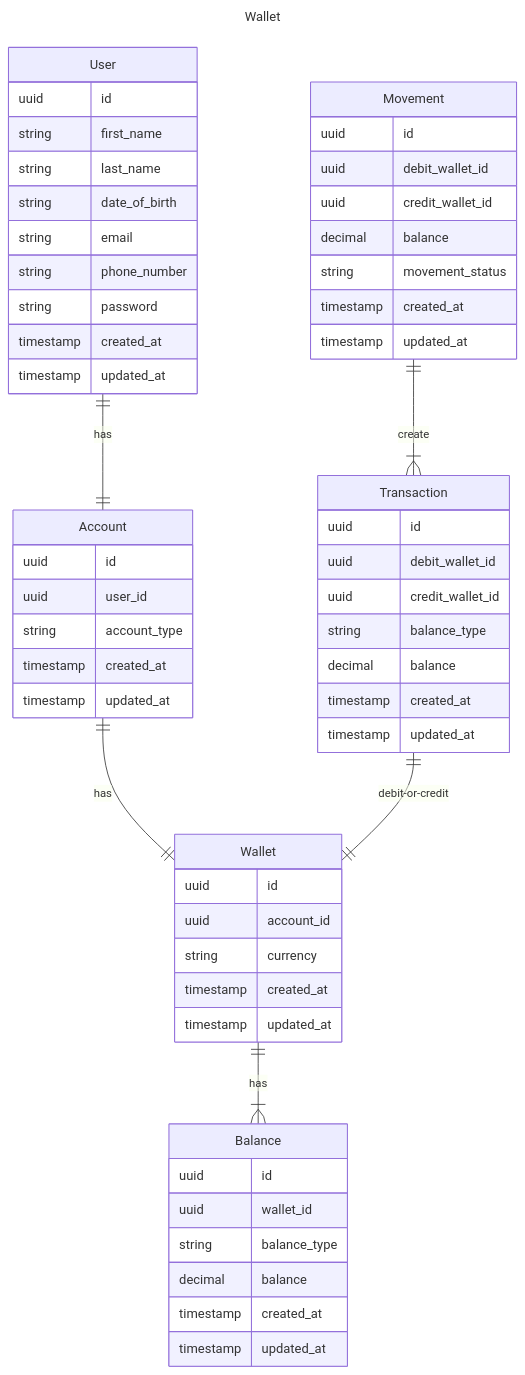
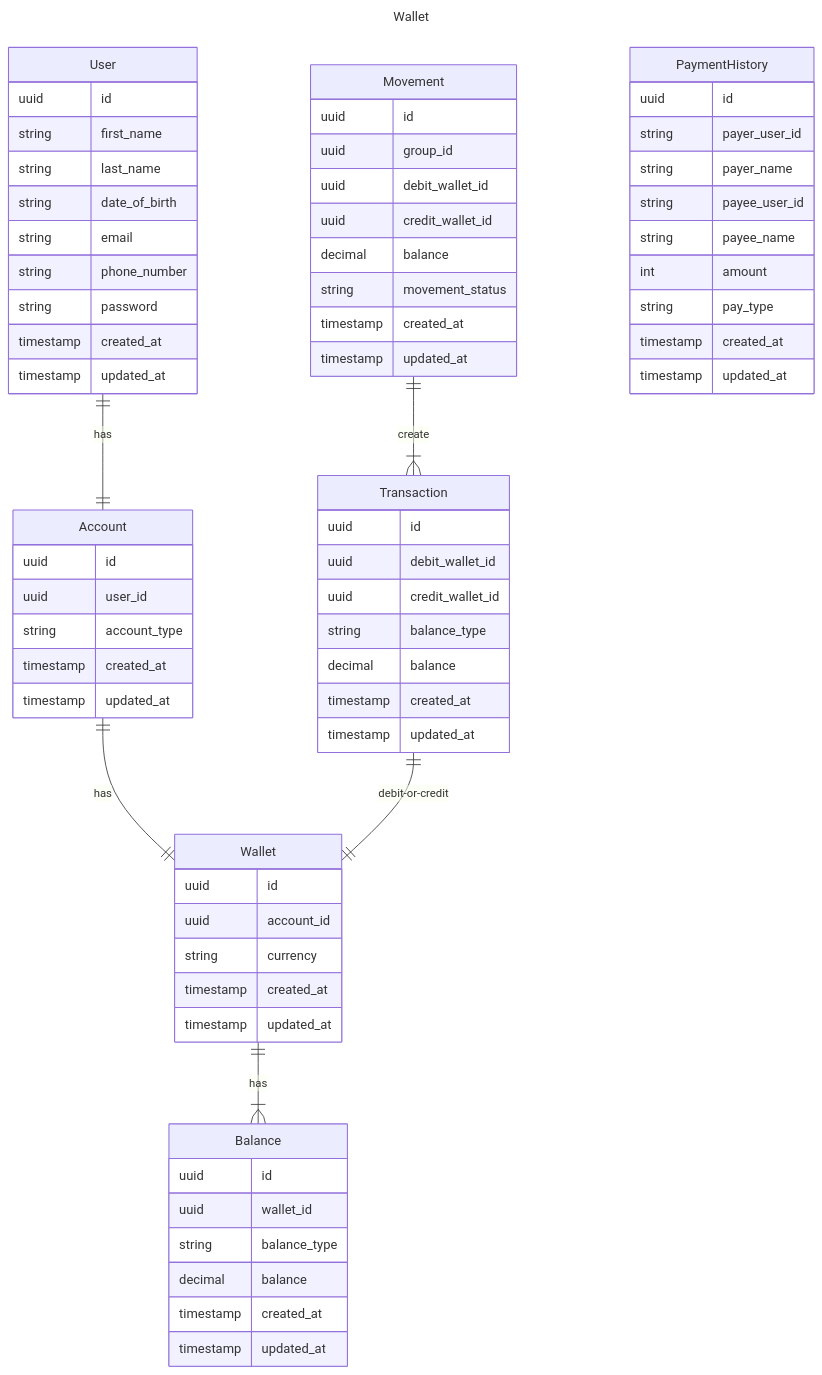
One commit to raychongtk/wallet changed the first of 6 diagrams in README.md. Above: the diagram before and after it, drawn with Mermaid. The commit also changed other lines of this file, not shown here.

````diff
--- a/README.md
+++ b/README.md
@@ -30,62 +31,74 @@
 ```mermaid
 ---
 title: Wallet
 ---
 erDiagram
     User ||--|| Account : has
     User {
         uuid id
         string first_name
         string last_name
         string date_of_birth
         string email
         string phone_number
         string password
         timestamp created_at
         timestamp updated_at
     }
     Account {
         uuid id
         uuid user_id
         string account_type
         timestamp created_at
         timestamp updated_at
     }
     Account ||--|| Wallet : has
     Wallet {
         uuid id
         uuid account_id
         string currency
         timestamp created_at
         timestamp updated_at
     }
     Wallet ||--|{ Balance : has
     Balance {
         uuid id
         uuid wallet_id
         string balance_type
         decimal balance
         timestamp created_at
         timestamp updated_at
     }
     Movement ||--|{ Transaction : create
     Movement {
         uuid id
+        uuid group_id
         uuid debit_wallet_id
         uuid credit_wallet_id
         decimal balance
         string movement_status
         timestamp created_at
         timestamp updated_at
     }
     Transaction ||--|| Wallet : debit-or-credit
     Transaction {
         uuid id
         uuid debit_wallet_id
         uuid credit_wallet_id
         string balance_type
         decimal balance
         timestamp created_at
         timestamp updated_at
     }
+    PaymentHistory {
+        uuid id
+        string payer_user_id
+        string payer_name
+        string payee_user_id
+        string payee_name
+        int    amount
+        string pay_type
+        timestamp created_at
+        timestamp updated_at
+    }
 ```
````
